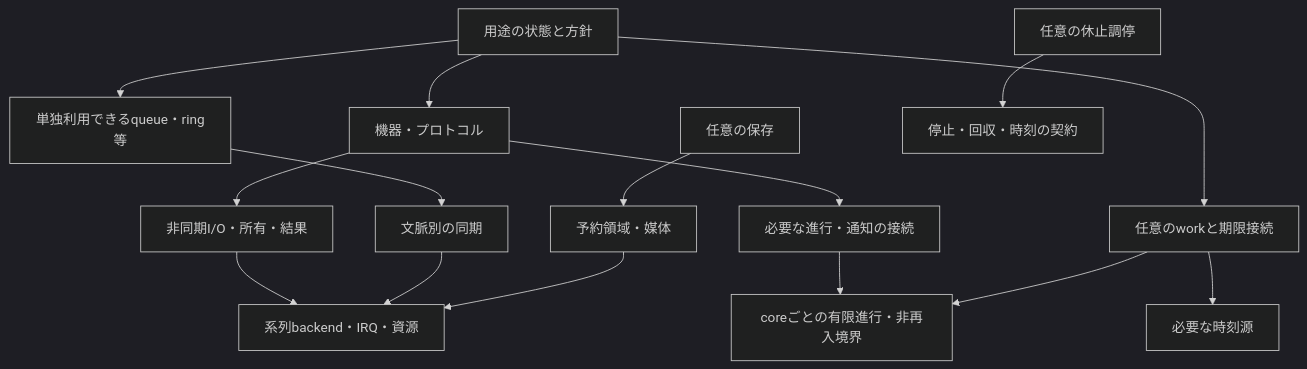
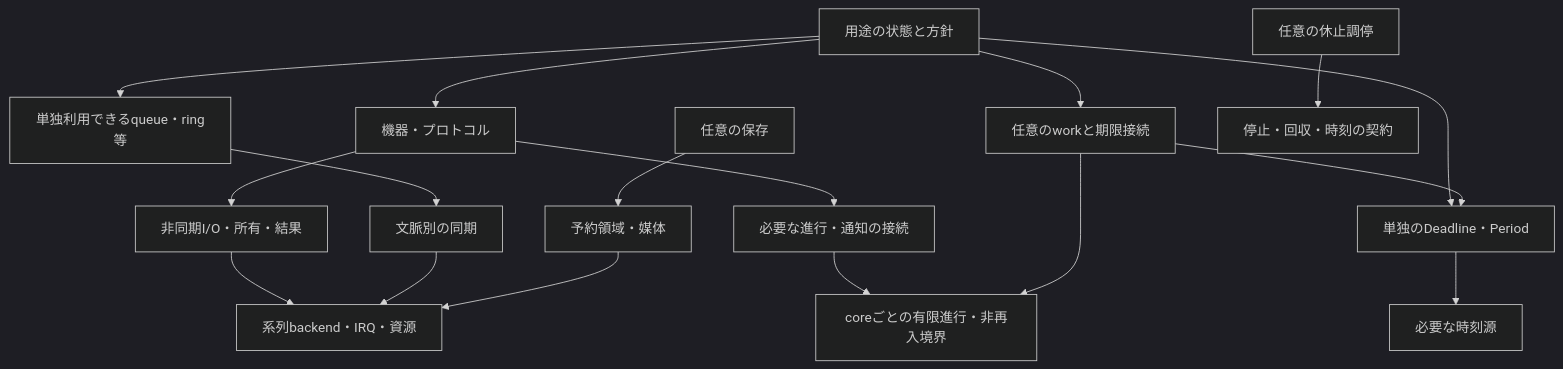
The diagram in planning/core-redesign/tasks/ARCH-SELECT-01/proposal.ja.md (ch32-riscv-ug/ArduinoCore-CH32RV), drawn with Mermaid (dark theme) before and after one commit. The commit also changed other lines of this file and 8 other files, not shown here.

````diff
--- a/planning/core-redesign/tasks/ARCH-SELECT-01/proposal.ja.md
+++ b/planning/core-redesign/tasks/ARCH-SELECT-01/proposal.ja.md
@@ -99,17 +102,19 @@
 ```mermaid
 flowchart TD
     App[用途の状態と方針] --> Device[機器・プロトコル]
     App --> Work[任意のworkと期限接続]
     App --> Data[単独利用できるqueue・ring等]
+    App --> Deadline[単独のDeadline・Period]
+    Deadline --> Time[必要な時刻源]
     Device --> IO[非同期I/O・所有・結果]
     Device --> Bind[必要な進行・通知の接続]
     Bind --> Runtime[coreごとの有限進行・非再入境界]
     Work --> Runtime
     IO --> Port[系列backend・IRQ・資源]
     Data --> Sync[文脈別の同期]
     Sync --> Port
-    Work --> Time[必要な時刻源]
+    Work --> Deadline
     Store[任意の保存] --> Region[予約領域・媒体]
     Region --> Port
     Power[任意の休止調停] --> Boundary[停止・回収・時刻の契約]
 ```
````
